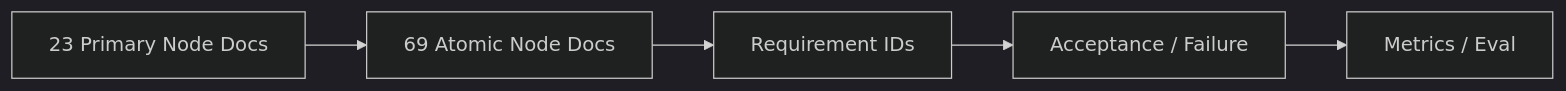
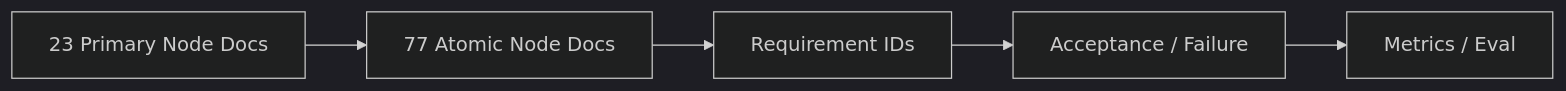
One commit to Jiaosong/Design changed the first of 4 diagrams in product-docs/v0.3/nodes/README.md. Above: the diagram before and after it, drawn with Mermaid (dark theme). The commit also changed other lines of this file and 71 other files, not shown here.

````diff
--- a/product-docs/v0.3/nodes/README.md
+++ b/product-docs/v0.3/nodes/README.md
@@ -17,7 +17,7 @@
 ```mermaid
 flowchart LR
-    P[23 Primary Node Docs] --> A[69 Atomic Node Docs]
+    P[23 Primary Node Docs] --> A[77 Atomic Node Docs]
     A --> R[Requirement IDs]
     R --> AC[Acceptance / Failure]
     AC --> M[Metrics / Eval]
 ```
````
